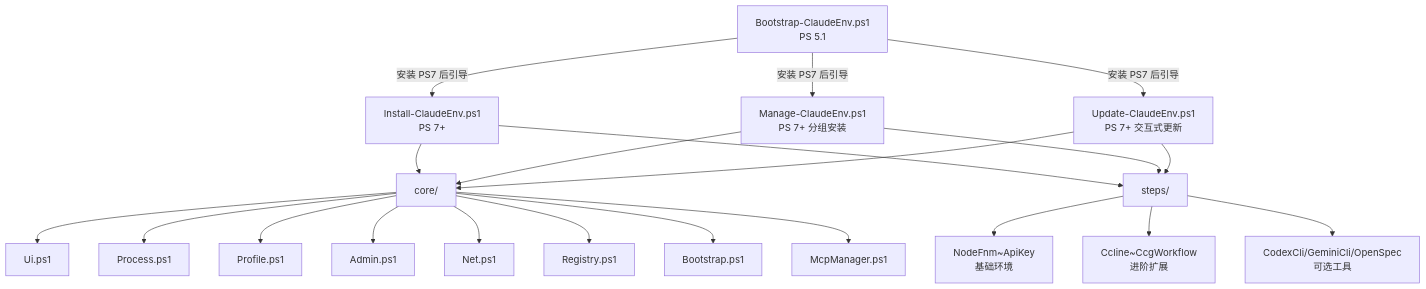
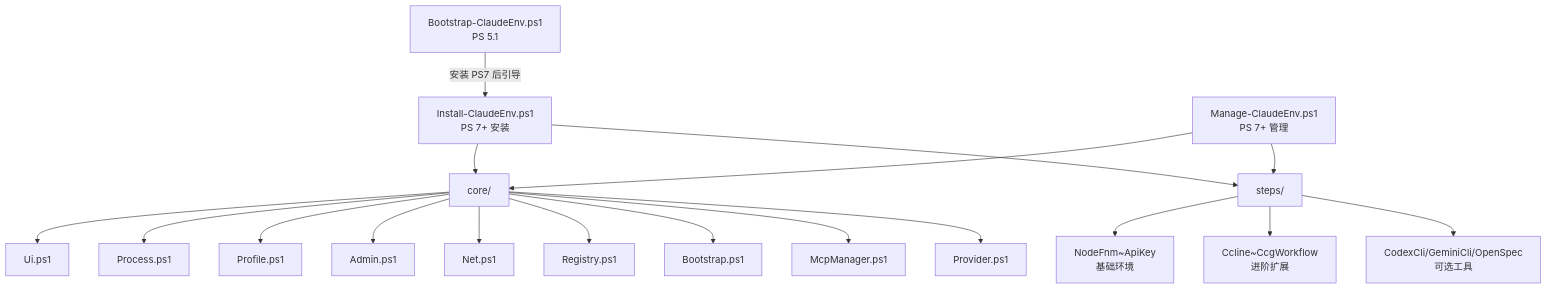
One commit to hkxiaoyao/claude-code-quickstart changed the diagram in CLAUDE.md. Above: the diagram before and after it, drawn with Mermaid. The commit also changed other lines of this file and 19 other files, not shown here.

First line of the commit message:
refactor(installer): 双入口重构 — Provider 提取 + Install/Manage 职责分离 + 指纹更新检测

````diff
--- a/CLAUDE.md
+++ b/CLAUDE.md
@@ -26,17 +25,14 @@
 ```mermaid
 graph TD
-    A[Bootstrap-ClaudeEnv.ps1<br/>PS 5.1] -->|安装 PS7 后引导| B[Install-ClaudeEnv.ps1<br/>PS 7+]
-    A -->|安装 PS7 后引导| M[Manage-ClaudeEnv.ps1<br/>PS 7+ 分组安装]
-    A -->|安装 PS7 后引导| U[Update-ClaudeEnv.ps1<br/>PS 7+ 交互式更新]
-    B --> C[core/]
-    B --> D[steps/]
-    M --> C
+    A[Bootstrap-ClaudeEnv.ps1<br/>PS 5.1] -->|安装 PS7 后引导| I[Install-ClaudeEnv.ps1<br/>PS 7+ 安装]
+    I --> C[core/]
+    I --> D[steps/]
+    M[Manage-ClaudeEnv.ps1<br/>PS 7+ 管理] --> C
     M --> D
-    U --> C
-    U --> D
     C --> C1[Ui.ps1] & C2[Process.ps1] & C3[Profile.ps1]
-    C --> C4[Admin.ps1] & C5[Net.ps1] & C6[Registry.ps1] & C7[Bootstrap.ps1] & C8[McpManager.ps1]
+    C --> C4[Admin.ps1] & C5[Net.ps1] & C6[Registry.ps1] & C7[Bootstrap.ps1]
+    C --> C8[McpManager.ps1] & C9[Provider.ps1]
     D --> D1[NodeFnm~ApiKey<br/>基础环境]
     D --> D2[Ccline~CcgWorkflow<br/>进阶扩展]
     D --> D3[CodexCli/GeminiCli/OpenSpec<br/>可选工具]
 ```
````
